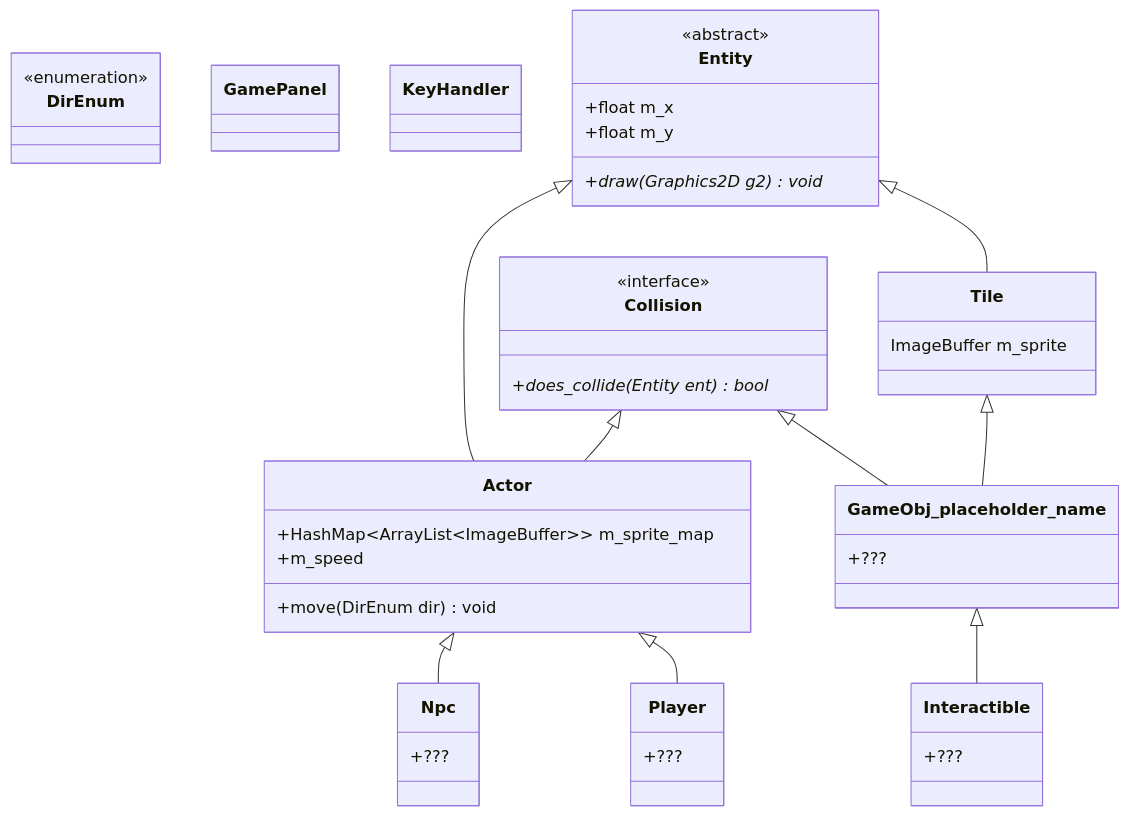
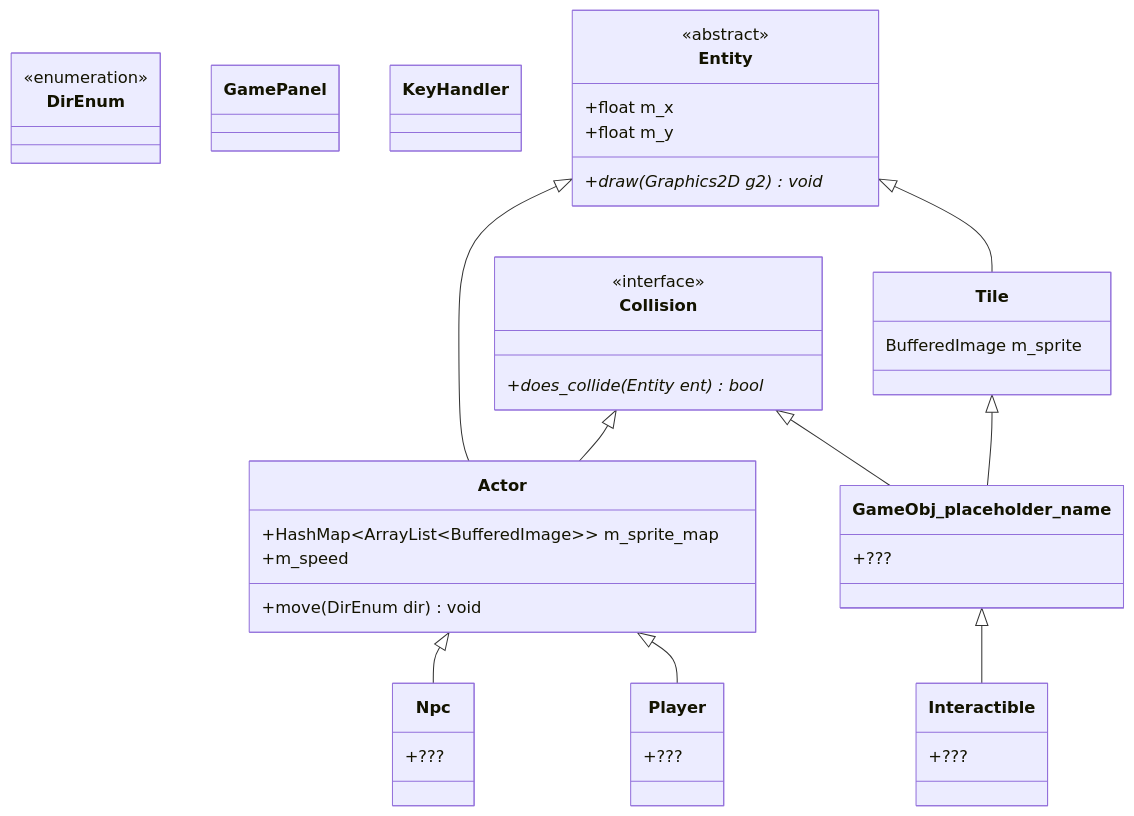
One commit to verdiur/woolshop changed the diagram in README.md. Above: the diagram before and after it, drawn with Mermaid. The commit also changed 3 other files, not shown here.

````diff
--- a/README.md
+++ b/README.md
@@ -5,65 +5,65 @@
 ```mermaid
 classDiagram
     
     class DirEnum {    
     }
     <<enumeration>> DirEnum
 
     class GamePanel {
     }
     
     class KeyHandler {
     }
 
     class Entity {
         +float m_x
         +float m_y
         +draw(Graphics2D g2)* void
     }
     <<abstract>> Entity
 
     class Collision {
         +does_collide(Entity ent)* bool
     }
     <<interface>> Collision
 
     class Actor {
-        +HashMap~ArrayList~ImageBuffer~~ m_sprite_map
+        +HashMap~ArrayList~BufferedImage~~ m_sprite_map
         +m_speed
         +move(DirEnum dir) void
     }
 
     class Tile {
-        ImageBuffer m_sprite
+        BufferedImage m_sprite
     }
 
     class GameObj_placeholder_name {
         +???
     }
 
     class Interactible {
         +???
     }
 
     class Npc {
         +???
     }
 
     class Player {
         +???
     }
 
     Entity <|-- Actor
     Collision <|-- Actor
 
     Entity <|-- Tile
 
     Collision <|-- GameObj_placeholder_name
     Tile <|-- GameObj_placeholder_name
 
     GameObj_placeholder_name <|-- Interactible
 
     Actor <|-- Npc
 
     Actor <|-- Player
 ```
````
